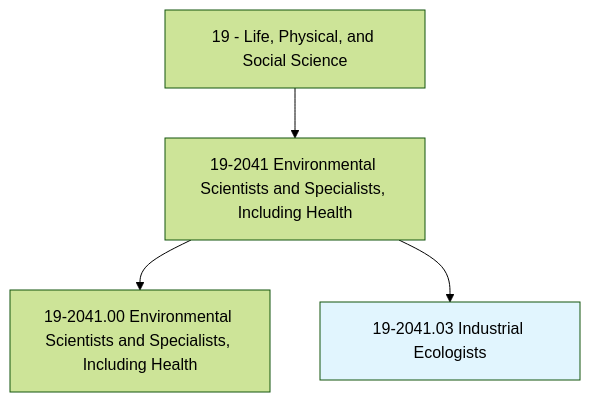
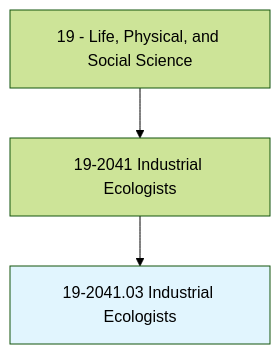
One commit to kziemski/business.org.ai changed the first of 4 diagrams in occupations/Science/IndustrialEcologists.mdx. Above: the diagram before and after it, drawn with Mermaid (forest theme). The commit also changed other lines of this file and 938 other files, not shown here.

````diff
--- a/occupations/Science/IndustrialEcologists.mdx
+++ b/occupations/Science/IndustrialEcologists.mdx
@@ -19,7 +23,6 @@
 ```mermaid
 graph TD
-    Cat19["19 - Life, Physical, and Social Science"] --> Group192041["19-2041 Environmental Scientists and Specialists, Including Health"]
-    Group192041 --> Base["19-2041.00 Environmental Scientists and Specialists, Including Health"]
+    Cat19["19 - Life, Physical, and Social Science"] --> Group192041["19-2041 Industrial Ecologists"]
     Group192041 --> Current["19-2041.03 Industrial Ecologists"]
     style Current fill:#e1f5fe
 ```
````
